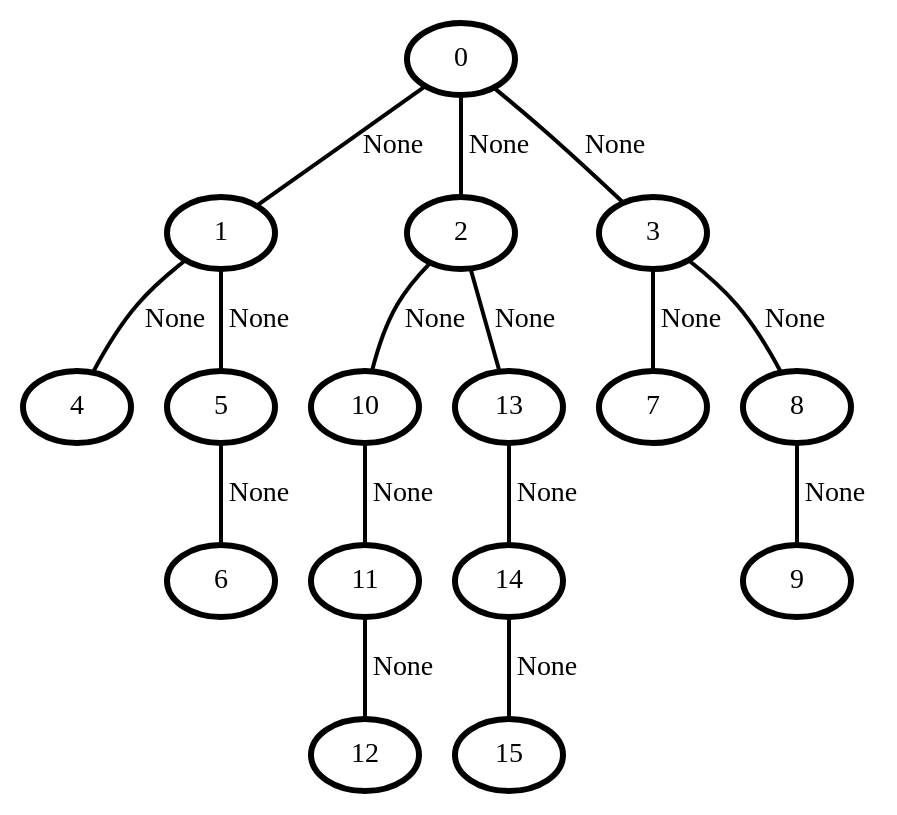
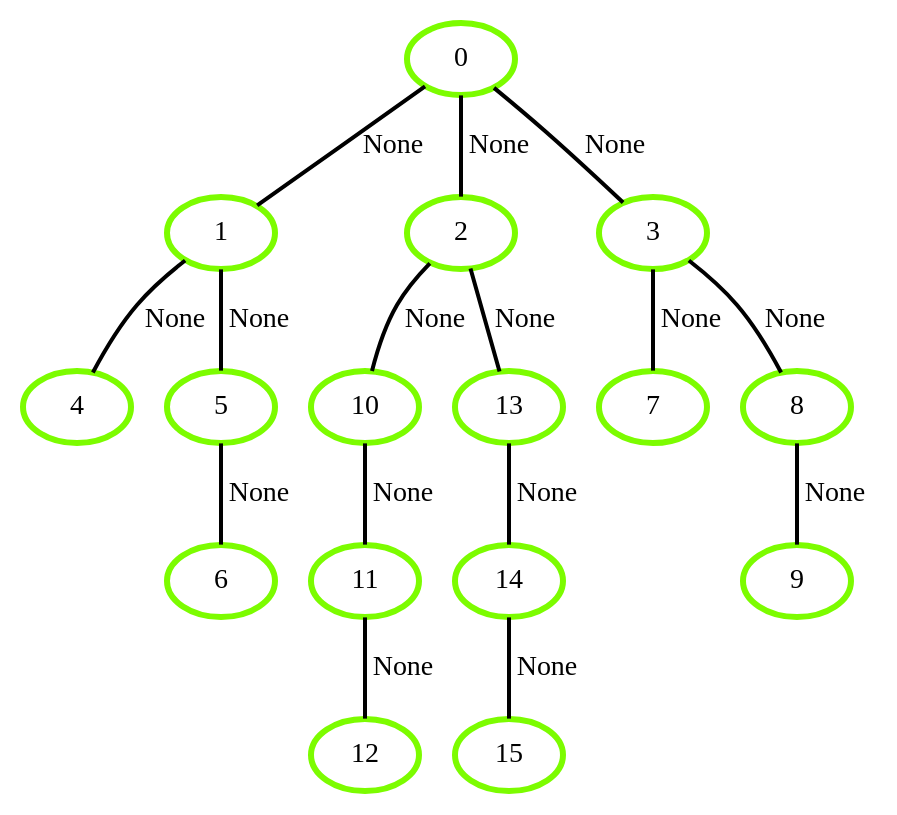
One commit to Deltanuke/GratisBier changed the diagram in output/original.dot. Above: the diagram before and after it, drawn with Graphviz. The commit also changed 4 other files, not shown here.

```diff
--- a/output/original.dot
+++ b/output/original.dot
@@ -1,34 +1,34 @@
 graph G {
-    0 [penwidth=3,label="0"]
-    1 [penwidth=3,label="1"]
-    2 [penwidth=3,label="2"]
-    3 [penwidth=3,label="3"]
-    4 [penwidth=3,label="4"]
-    5 [penwidth=3,label="5"]
-    6 [penwidth=3,label="6"]
-    7 [penwidth=3,label="7"]
-    8 [penwidth=3,label="8"]
-    9 [penwidth=3,label="9"]
-    10 [penwidth=3,label="10"]
-    11 [penwidth=3,label="11"]
-    12 [penwidth=3,label="12"]
-    13 [penwidth=3,label="13"]
-    14 [penwidth=3,label="14"]
-    15 [penwidth=3,label="15"]
+    0 [penwidth=3,label="0",color="lawngreen"]
+    1 [penwidth=3,label="1",color="lawngreen"]
+    2 [penwidth=3,label="2",color="lawngreen"]
+    3 [penwidth=3,label="3",color="lawngreen"]
+    4 [penwidth=3,label="4",color="lawngreen"]
+    5 [penwidth=3,label="5",color="lawngreen"]
+    6 [penwidth=3,label="6",color="lawngreen"]
+    7 [penwidth=3,label="7",color="lawngreen"]
+    8 [penwidth=3,label="8",color="lawngreen"]
+    9 [penwidth=3,label="9",color="lawngreen"]
+    10 [penwidth=3,label="10",color="lawngreen"]
+    11 [penwidth=3,label="11",color="lawngreen"]
+    12 [penwidth=3,label="12",color="lawngreen"]
+    13 [penwidth=3,label="13",color="lawngreen"]
+    14 [penwidth=3,label="14",color="lawngreen"]
+    15 [penwidth=3,label="15",color="lawngreen"]
 
     0--1 [penwidth=2,label="None"]
     1--4 [penwidth=2,label="None"]
     1--5 [penwidth=2,label="None"]
     5--6 [penwidth=2,label="None"]
     0--2 [penwidth=2,label="None"]
     2--10 [penwidth=2,label="None"]
     2--13 [penwidth=2,label="None"]
     10--11 [penwidth=2,label="None"]
     11--12 [penwidth=2,label="None"]
     13--14 [penwidth=2,label="None"]
     14--15 [penwidth=2,label="None"]
     0--3 [penwidth=2,label="None"]
     3--7 [penwidth=2,label="None"]
     3--8 [penwidth=2,label="None"]
     8--9 [penwidth=2,label="None"]
 }
```
